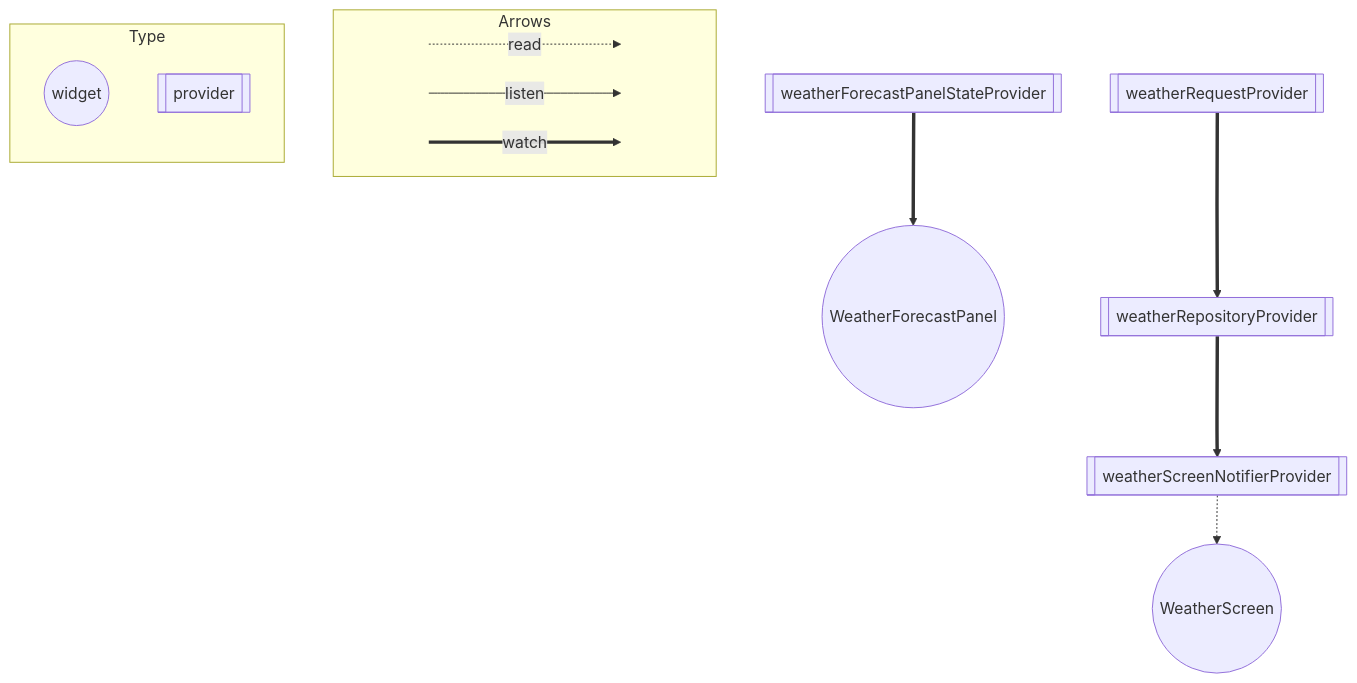
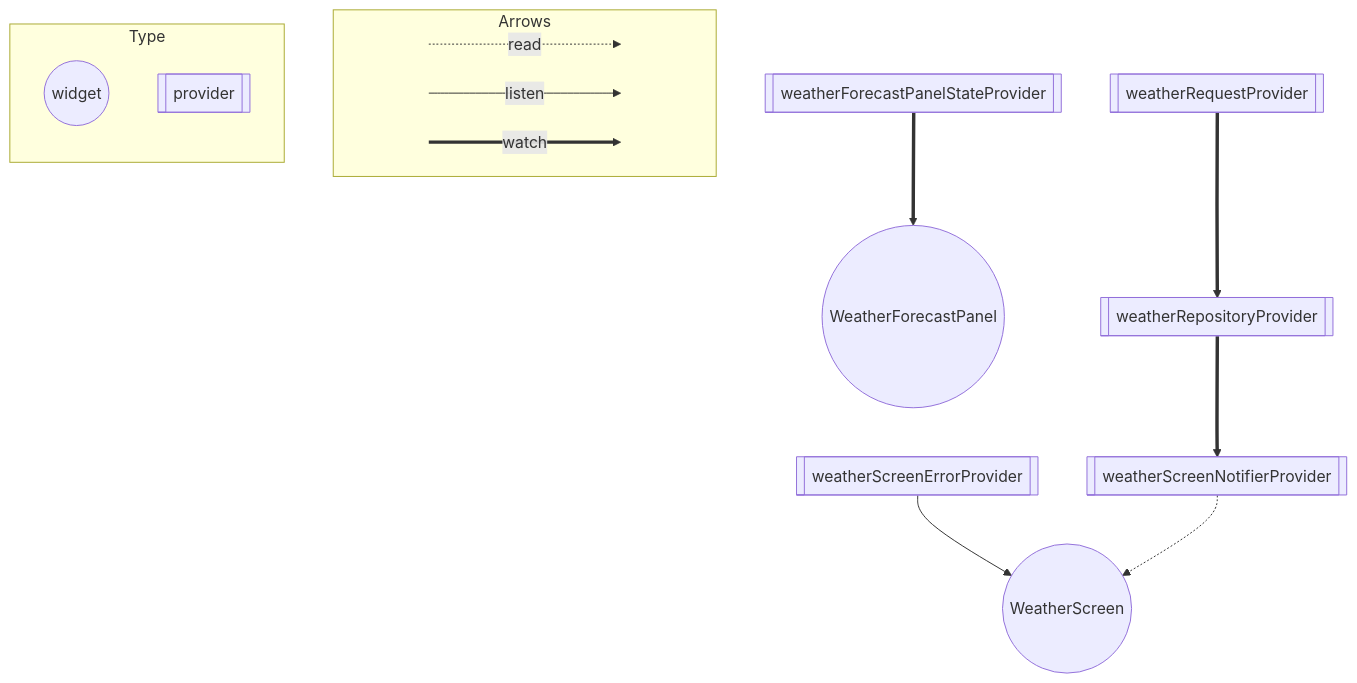
One commit to iseruuuuu/flutter_yumemi_training_app changed the diagram in ARCHITECTURE.md. Above: the diagram before and after it, drawn with Mermaid.

Commit message:
add: add ARCHITECTURE.md

````diff
--- a/ARCHITECTURE.md
+++ b/ARCHITECTURE.md
@@ -3,33 +3,34 @@
 ```mermaid
 flowchart TB
   subgraph Arrows
     direction LR
     start1[ ] -..->|read| stop1[ ]
     style start1 height:0px;
     style stop1 height:0px;
     start2[ ] --->|listen| stop2[ ]
     style start2 height:0px;
     style stop2 height:0px; 
     start3[ ] ===>|watch| stop3[ ]
     style start3 height:0px;
     style stop3 height:0px; 
   end
 
   subgraph Type
     direction TB
     ConsumerWidget((widget));
     Provider[[provider]];
   end
   WeatherForecastPanel((WeatherForecastPanel));
   weatherForecastPanelStateProvider ==> WeatherForecastPanel;
   WeatherScreen((WeatherScreen));
+  weatherScreenErrorProvider --> WeatherScreen;
   weatherScreenNotifierProvider -.-> WeatherScreen;
   weatherForecastPanelStateProvider[[weatherForecastPanelStateProvider]];
   weatherRepositoryProvider[[weatherRepositoryProvider]];
   weatherRequestProvider ==> weatherRepositoryProvider;
   weatherRequestProvider[[weatherRequestProvider]];
   weatherScreenNotifierProvider[[weatherScreenNotifierProvider]];
   weatherRepositoryProvider ==> weatherScreenNotifierProvider;
-
+  weatherScreenErrorProvider[[weatherScreenErrorProvider]];
 
 ```
````
